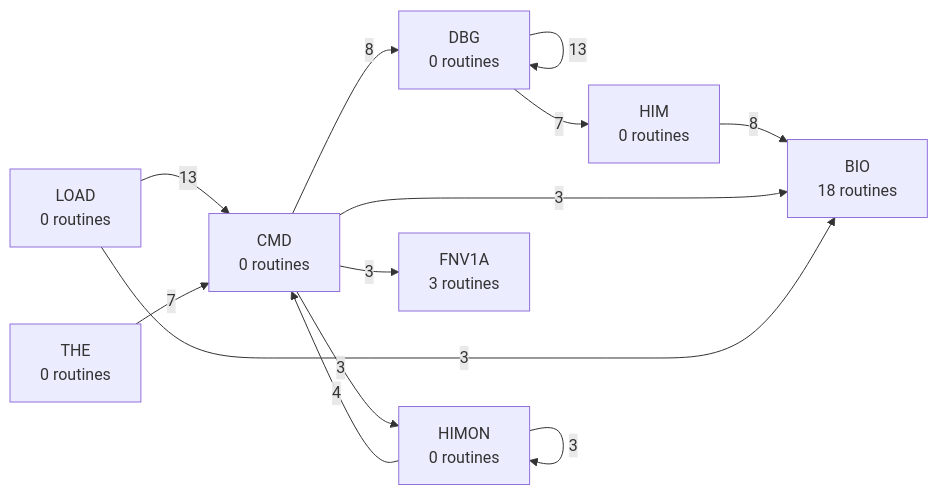
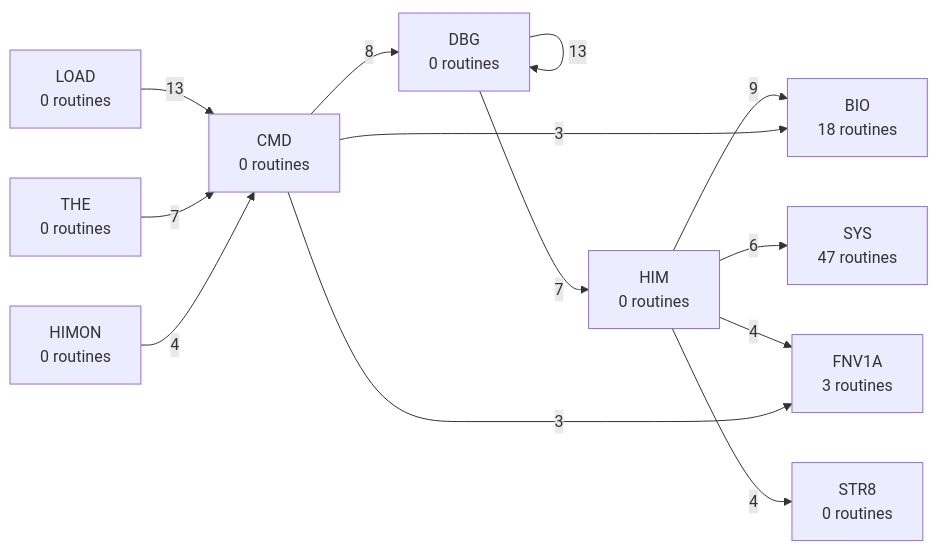
The third of 7 diagrams in DOC/GENERATED/ROUTINE_PREFIX_MAP.md (95westus/R-YORS), drawn with Mermaid before and after one commit. The commit also changed other lines of this file and 25 other files, not shown here.

````diff
--- a/DOC/GENERATED/ROUTINE_PREFIX_MAP.md
+++ b/DOC/GENERATED/ROUTINE_PREFIX_MAP.md
@@ -46,15 +46,15 @@
 ```mermaid
 flowchart LR
     P_DBG["DBG<br/>0 routines"] -->|13| P_DBG["DBG<br/>0 routines"]
     P_LOAD["LOAD<br/>0 routines"] -->|13| P_CMD["CMD<br/>0 routines"]
+    P_HIM["HIM<br/>0 routines"] -->|9| P_BIO["BIO<br/>18 routines"]
     P_CMD["CMD<br/>0 routines"] -->|8| P_DBG["DBG<br/>0 routines"]
-    P_HIM["HIM<br/>0 routines"] -->|8| P_BIO["BIO<br/>18 routines"]
     P_DBG["DBG<br/>0 routines"] -->|7| P_HIM["HIM<br/>0 routines"]
     P_THE["THE<br/>0 routines"] -->|7| P_CMD["CMD<br/>0 routines"]
+    P_HIM["HIM<br/>0 routines"] -->|6| P_SYS["SYS<br/>47 routines"]
+    P_HIM["HIM<br/>0 routines"] -->|4| P_FNV1A["FNV1A<br/>3 routines"]
+    P_HIM["HIM<br/>0 routines"] -->|4| P_STR8["STR8<br/>0 routines"]
     P_HIMON["HIMON<br/>0 routines"] -->|4| P_CMD["CMD<br/>0 routines"]
     P_CMD["CMD<br/>0 routines"] -->|3| P_BIO["BIO<br/>18 routines"]
     P_CMD["CMD<br/>0 routines"] -->|3| P_FNV1A["FNV1A<br/>3 routines"]
-    P_CMD["CMD<br/>0 routines"] -->|3| P_HIMON["HIMON<br/>0 routines"]
-    P_HIMON["HIMON<br/>0 routines"] -->|3| P_HIMON["HIMON<br/>0 routines"]
-    P_LOAD["LOAD<br/>0 routines"] -->|3| P_BIO["BIO<br/>18 routines"]
 ```
````
